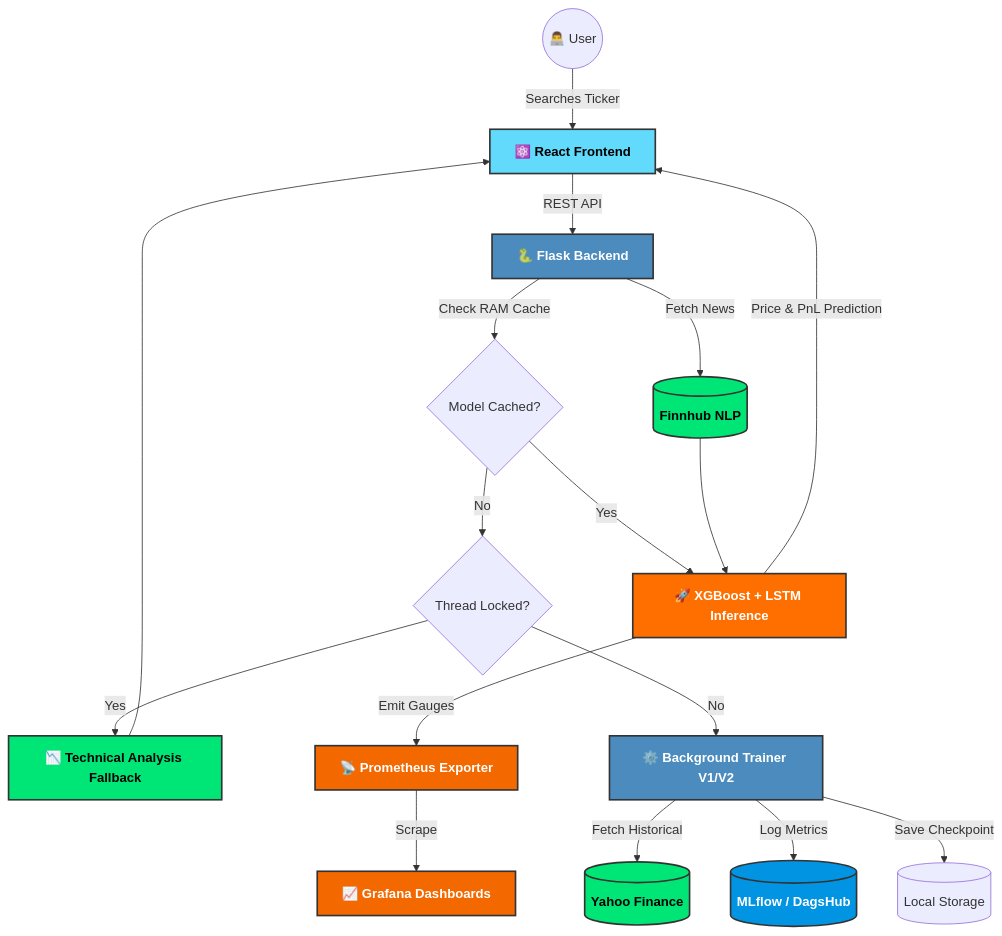
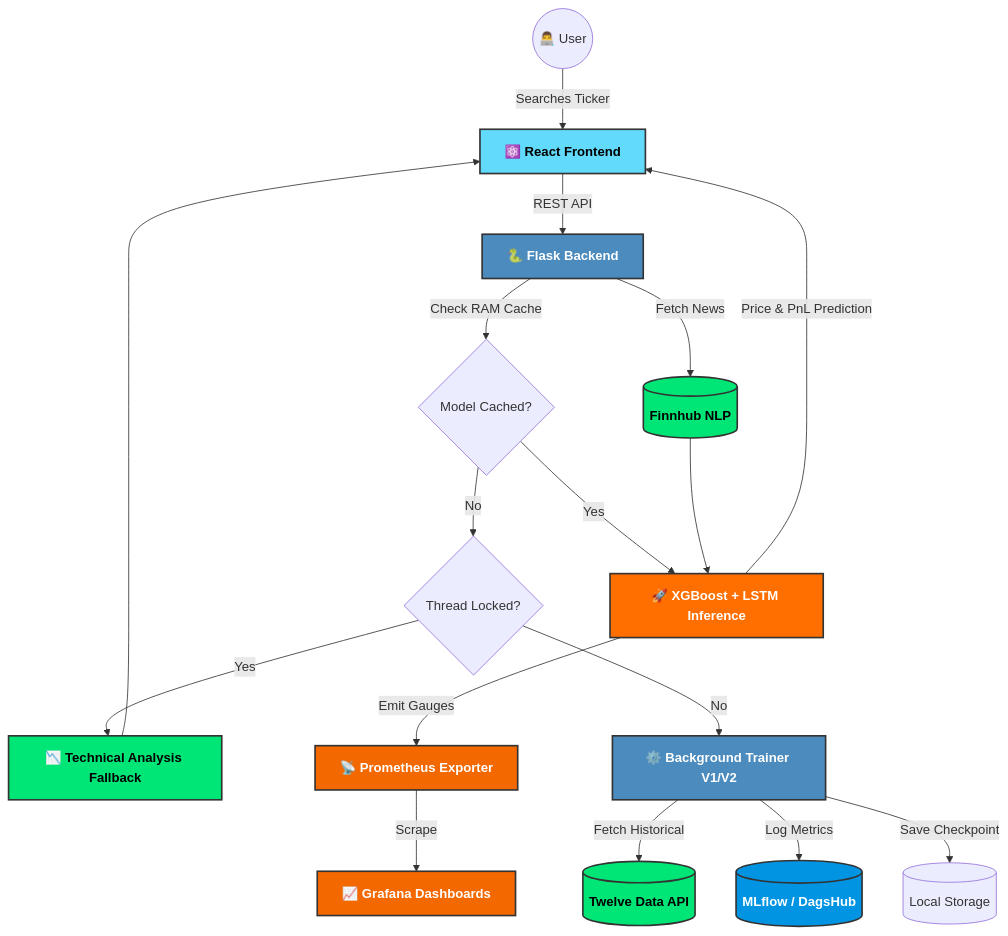
Before and after one commit to Naveenkumar-2007/Ai-stocks: the diagram in README.md, drawn with Mermaid. The commit also changed other lines of this file, not shown here.

Commit message:
docs: Update API references from Yahoo to Twelve Data

````diff
--- a/README.md
+++ b/README.md
@@ -55,46 +55,46 @@
 ```mermaid
 graph TD
     %% Advanced Styling
     classDef frontend fill:#61DAFB,stroke:#333,stroke-width:2px,color:black,font-weight:bold;
     classDef backend fill:#4B8BBE,stroke:#333,stroke-width:2px,color:white,font-weight:bold;
     classDef inference fill:#FF6F00,stroke:#333,stroke-width:2px,color:white,font-weight:bold;
     classDef registry fill:#0194E2,stroke:#333,stroke-width:2px,color:white,font-weight:bold;
     classDef monitor fill:#F46800,stroke:#333,stroke-width:2px,color:white,font-weight:bold;
     classDef data fill:#00E676,stroke:#333,stroke-width:2px,color:black,font-weight:bold;
 
     %% User Flow
     User((👨‍💻 User)) -->|Searches Ticker| UI[⚛️ React Frontend]
     UI:::frontend -->|REST API| API[🐍 Flask Backend]
     
     %% API Logic
     API:::backend -->|Check RAM Cache| Cache{Model Cached?}
     
     %% Inference Flow
     Cache -- Yes --> Inference[🚀 XGBoost + LSTM Inference]
     Cache -- No --> Lock{Thread Locked?}
     
     Lock -- Yes --> TA[📉 Technical Analysis Fallback]
     Lock -- No --> Training[⚙️ Background Trainer V1/V2]
     
     %% Training Pipeline
-    Training:::backend -->|Fetch Historical| YFinance[(Yahoo Finance)]
+    Training:::backend -->|Fetch Historical| TwelveData[(Twelve Data API)]
     Training -->|Log Metrics| Registry[(MLflow / DagsHub)]
     Training -->|Save Checkpoint| Disk[(Local Storage)]
     
     %% Observability
     Inference:::inference -->|Emit Gauges| Prometheus[📡 Prometheus Exporter]
     Prometheus:::monitor -->|Scrape| Grafana[📈 Grafana Dashboards]
     
     %% Sentiment
     API -->|Fetch News| Finnhub[(Finnhub NLP)]
     Finnhub:::data --> Inference
     
     %% Output
     TA:::data --> UI
     Inference -->|Price & PnL Prediction| UI
     
     %% Apply loose classes
     Registry:::registry
     Grafana:::monitor
-    YFinance:::data
+    TwelveData:::data
 ```
````
